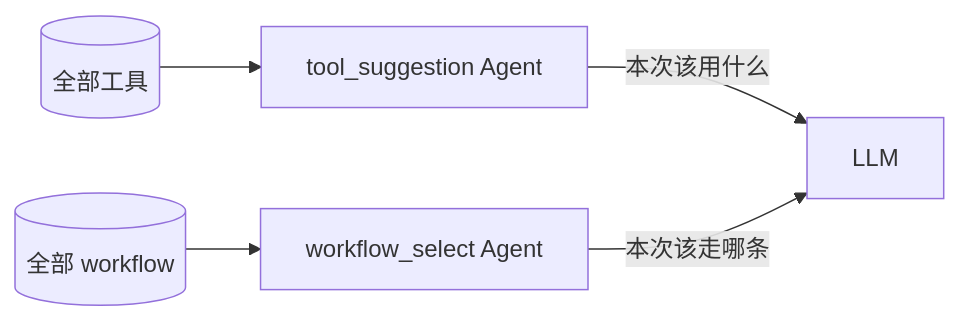
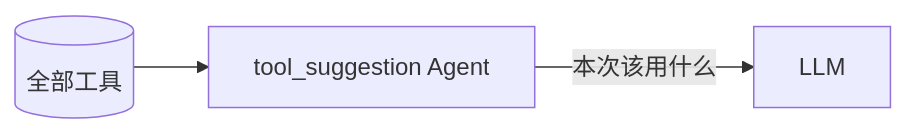
The tenth of 11 diagrams in docs/zh/architecture/ARCHITECTURE_SAGENTS_TOOL_SKILL.md (ZHangZHengEric/Sage), drawn with Mermaid before and after one commit. The commit also changed other lines of this file and 141 other files, not shown here.

````diff
--- a/docs/zh/architecture/ARCHITECTURE_SAGENTS_TOOL_SKILL.md
+++ b/docs/zh/architecture/ARCHITECTURE_SAGENTS_TOOL_SKILL.md
@@ -197,7 +197,5 @@
 ```mermaid
 flowchart LR
     AllTools[(全部工具)] --> ToolSug[tool_suggestion Agent]
-    AllWFs[(全部 workflow)] --> WfSel[workflow_select Agent]
     ToolSug -->|本次该用什么| LLM
-    WfSel -->|本次该走哪条| LLM
 ```
````
